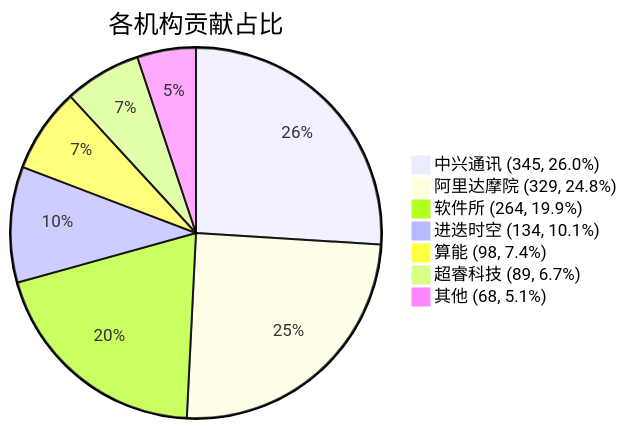
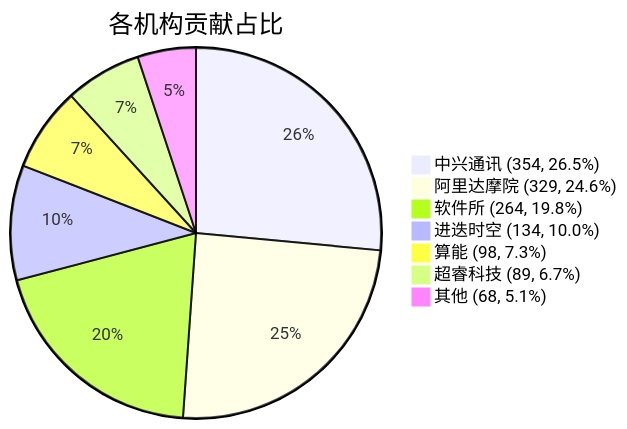
One commit to RVCK-Project/rvck changed the diagram in docs/index.md. Above: the diagram before and after it, drawn with Mermaid. The commit also changed other lines of this file and 20 other files, not shown here.

````diff
--- a/docs/index.md
+++ b/docs/index.md
@@ -39,10 +39,10 @@
 ```mermaid
 pie title 各机构贡献占比
-    "中兴通讯 (345, 26.0%)" : 345
-    "阿里达摩院 (329, 24.8%)" : 329
-    "软件所 (264, 19.9%)" : 264
-    "进迭时空 (134, 10.1%)" : 134
-    "算能 (98, 7.4%)" : 98
+    "中兴通讯 (354, 26.5%)" : 354
+    "阿里达摩院 (329, 24.6%)" : 329
+    "软件所 (264, 19.8%)" : 264
+    "进迭时空 (134, 10.0%)" : 134
+    "算能 (98, 7.3%)" : 98
     "超睿科技 (89, 6.7%)" : 89
     "其他 (68, 5.1%)" : 68
 ```
````
